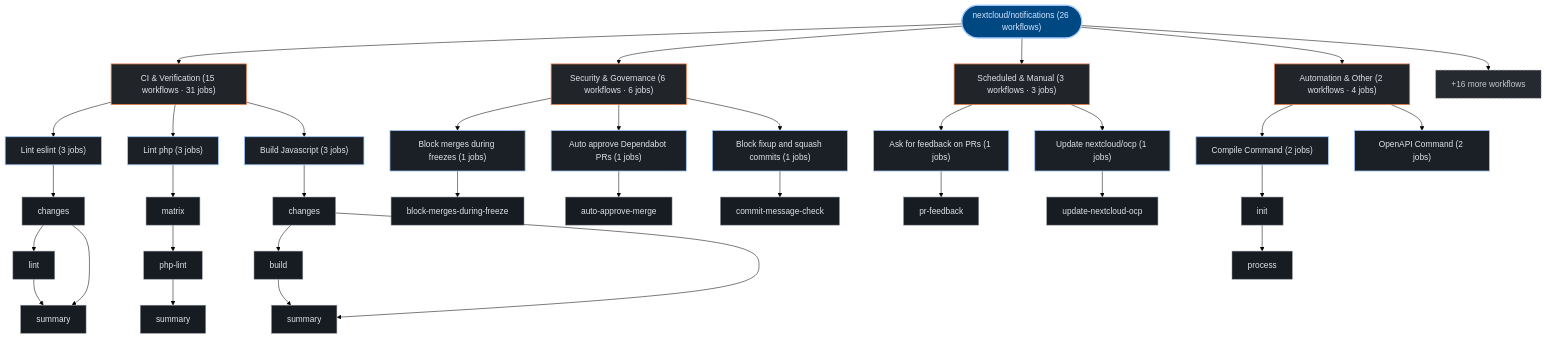
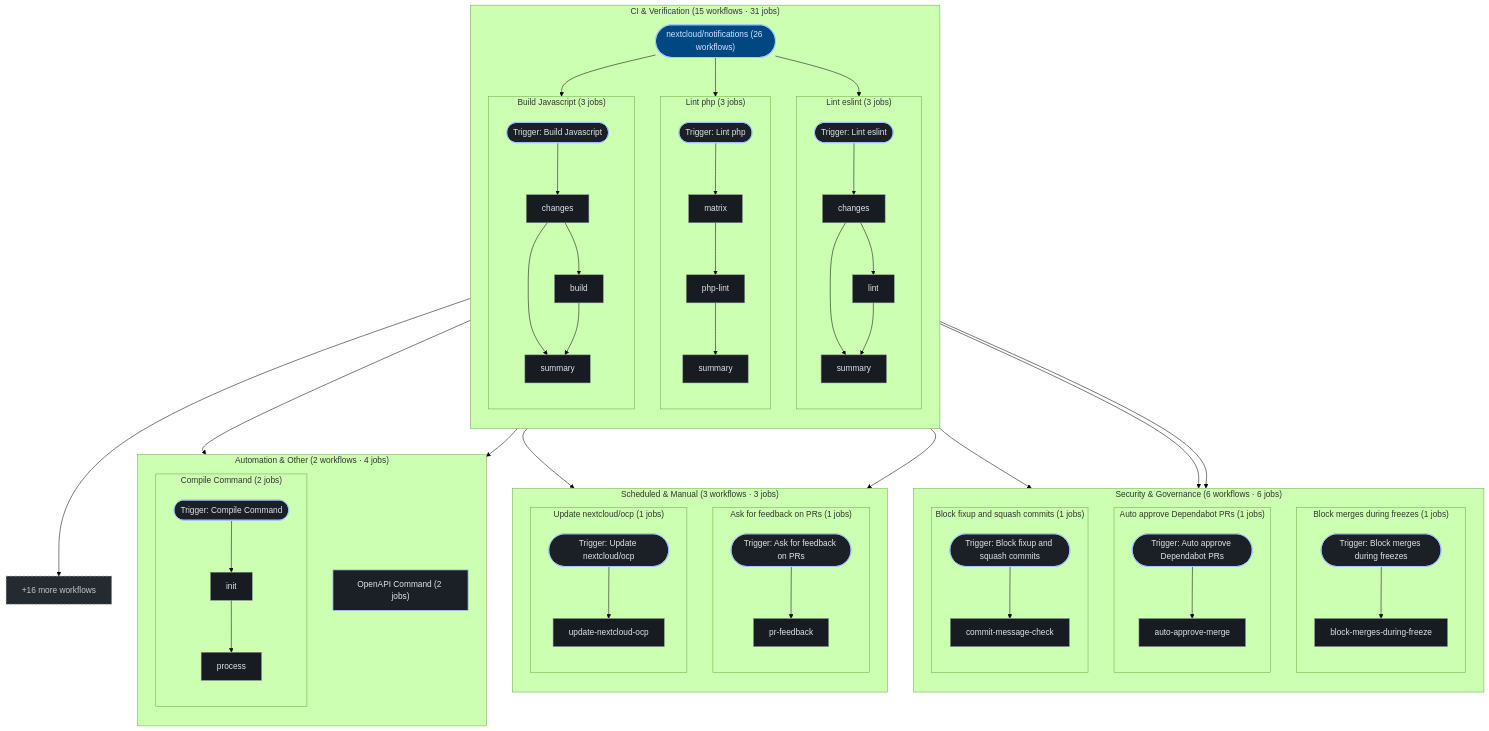
The second of 2 diagrams in exports/latest/reports/nextcloud-notifications-report.md (kumarshaz/atruss-code-atlas), drawn with Mermaid (forest theme) before and after one commit. The commit also changed 181 other files, not shown here.

````diff
--- a/exports/latest/reports/nextcloud-notifications-report.md
+++ b/exports/latest/reports/nextcloud-notifications-report.md
@@ -217,68 +217,99 @@
   classDef atlasAlert fill:#93000a,stroke:#ffb4ab,stroke-width:1.5px,color:#ffdad6
   classDef atlasMore fill:#252a31,stroke:#8d9199,stroke-dasharray:4 4,color:#c3c6cf
   pipeline_root(["nextcloud/notifications (26 workflows)"]):::atlasRoot
-  grp_0_CI___Verification["CI & Verification (15 workflows · 31 jobs)"]:::atlasCategory
-  pipeline_root --> grp_0_CI___Verification
-  wf_7_Lint_eslint["Lint eslint (3 jobs)"]:::atlasWorkflow
-  grp_0_CI___Verification --> wf_7_Lint_eslint
-  job_7_changes["changes"]:::atlasJob
-  job_7_lint["lint"]:::atlasJob
-  job_7_summary["summary"]:::atlasJob
-  wf_7_Lint_eslint --> job_7_changes
-  job_7_changes --> job_7_lint
-  job_7_changes --> job_7_summary
-  job_7_lint --> job_7_summary
-  wf_10_Lint_php["Lint php (3 jobs)"]:::atlasWorkflow
-  grp_0_CI___Verification --> wf_10_Lint_php
-  job_10_matrix["matrix"]:::atlasJob
-  job_10_php_lint["php-lint"]:::atlasJob
-  job_10_summary["summary"]:::atlasJob
-  wf_10_Lint_php --> job_10_matrix
-  job_10_matrix --> job_10_php_lint
-  job_10_php_lint --> job_10_summary
-  wf_13_Build_Javascript["Build Javascript (3 jobs)"]:::atlasWorkflow
-  grp_0_CI___Verification --> wf_13_Build_Javascript
-  job_13_changes["changes"]:::atlasJob
-  job_13_build["build"]:::atlasJob
-  job_13_summary["summary"]:::atlasJob
-  wf_13_Build_Javascript --> job_13_changes
-  job_13_changes --> job_13_build
-  job_13_changes --> job_13_summary
-  job_13_build --> job_13_summary
-  grp_1_Security___Governance["Security & Governance (6 workflows · 6 jobs)"]:::atlasCategory
-  pipeline_root --> grp_1_Security___Governance
-  wf_1_Block_merges_during_freezes["Block merges during freezes (1 jobs)"]:::atlasWorkflow
-  grp_1_Security___Governance --> wf_1_Block_merges_during_freezes
-  job_1_block_merges_during_freeze["block-merges-during-freeze"]:::atlasJob
-  wf_1_Block_merges_during_freezes --> job_1_block_merges_during_freeze
-  wf_5_Auto_approve_Dependabot_PRs["Auto approve Dependabot PRs (1 jobs)"]:::atlasWorkflow
-  grp_1_Security___Governance --> wf_5_Auto_approve_Dependabot_PRs
-  job_5_auto_approve_merge["auto-approve-merge"]:::atlasJob
-  wf_5_Auto_approve_Dependabot_PRs --> job_5_auto_approve_merge
-  wf_6_Block_fixup_and_squash_commits["Block fixup and squash commits (1 jobs)"]:::atlasWorkflow
-  grp_1_Security___Governance --> wf_6_Block_fixup_and_squash_commits
-  job_6_commit_message_check["commit-message-check"]:::atlasJob
-  wf_6_Block_fixup_and_squash_commits --> job_6_commit_message_check
-  grp_2_Scheduled___Manual["Scheduled & Manual (3 workflows · 3 jobs)"]:::atlasCategory
-  pipeline_root --> grp_2_Scheduled___Manual
-  wf_20_Ask_for_feedback_on_PRs["Ask for feedback on PRs (1 jobs)"]:::atlasWorkflow
-  grp_2_Scheduled___Manual --> wf_20_Ask_for_feedback_on_PRs
-  job_20_pr_feedback["pr-feedback"]:::atlasJob
-  wf_20_Ask_for_feedback_on_PRs --> job_20_pr_feedback
-  wf_24_Update_nextcloud_ocp["Update nextcloud/ocp (1 jobs)"]:::atlasWorkflow
-  grp_2_Scheduled___Manual --> wf_24_Update_nextcloud_ocp
-  job_24_update_nextcloud_ocp["update-nextcloud-ocp"]:::atlasJob
-  wf_24_Update_nextcloud_ocp --> job_24_update_nextcloud_ocp
-  grp_3_Automation___Other["Automation & Other (2 workflows · 4 jobs)"]:::atlasCategory
-  pipeline_root --> grp_3_Automation___Other
-  wf_3_Compile_Command["Compile Command (2 jobs)"]:::atlasWorkflow
-  grp_3_Automation___Other --> wf_3_Compile_Command
-  job_3_init["init"]:::atlasJob
-  job_3_process["process"]:::atlasJob
-  wf_3_Compile_Command --> job_3_init
-  job_3_init --> job_3_process
-  wf_4_OpenAPI_Command["OpenAPI Command (2 jobs)"]:::atlasWorkflow
-  grp_3_Automation___Other --> wf_4_OpenAPI_Command
+  subgraph sg_grp_0_CI___Verification["CI & Verification (15 workflows · 31 jobs)"]
+    direction TB
+    subgraph sg_wf_7_Lint_eslint["Lint eslint (3 jobs)"]
+      direction TB
+      wf_7_Lint_eslint(["Trigger: Lint eslint"]):::atlasWorkflow
+      job_7_changes["changes"]:::atlasJob
+      job_7_lint["lint"]:::atlasJob
+      job_7_summary["summary"]:::atlasJob
+      wf_7_Lint_eslint --> job_7_changes
+      job_7_changes --> job_7_lint
+      job_7_changes --> job_7_summary
+      job_7_lint --> job_7_summary
+    end
+    pipeline_root --> wf_7_Lint_eslint
+    subgraph sg_wf_10_Lint_php["Lint php (3 jobs)"]
+      direction TB
+      wf_10_Lint_php(["Trigger: Lint php"]):::atlasWorkflow
+      job_10_matrix["matrix"]:::atlasJob
+      job_10_php_lint["php-lint"]:::atlasJob
+      job_10_summary["summary"]:::atlasJob
+      wf_10_Lint_php --> job_10_matrix
+      job_10_matrix --> job_10_php_lint
+      job_10_php_lint --> job_10_summary
+    end
+    pipeline_root --> wf_10_Lint_php
+    subgraph sg_wf_13_Build_Javascript["Build Javascript (3 jobs)"]
+      direction TB
+      wf_13_Build_Javascript(["Trigger: Build Javascript"]):::atlasWorkflow
+      job_13_changes["changes"]:::atlasJob
+      job_13_build["build"]:::atlasJob
+      job_13_summary["summary"]:::atlasJob
+      wf_13_Build_Javascript --> job_13_changes
+      job_13_changes --> job_13_build
+      job_13_changes --> job_13_summary
+      job_13_build --> job_13_summary
+    end
+    pipeline_root --> wf_13_Build_Javascript
+  end
+  subgraph sg_grp_1_Security___Governance["Security & Governance (6 workflows · 6 jobs)"]
+    direction TB
+    subgraph sg_wf_1_Block_merges_during_freezes["Block merges during freezes (1 jobs)"]
+      direction TB
+      wf_1_Block_merges_during_freezes(["Trigger: Block merges during freezes"]):::atlasWorkflow
+      job_1_block_merges_during_freeze["block-merges-during-freeze"]:::atlasJob
+      wf_1_Block_merges_during_freezes --> job_1_block_merges_during_freeze
+    end
+    pipeline_root --> wf_1_Block_merges_during_freezes
+    subgraph sg_wf_5_Auto_approve_Dependabot_PRs["Auto approve Dependabot PRs (1 jobs)"]
+      direction TB
+      wf_5_Auto_approve_Dependabot_PRs(["Trigger: Auto approve Dependabot PRs"]):::atlasWorkflow
+      job_5_auto_approve_merge["auto-approve-merge"]:::atlasJob
+      wf_5_Auto_approve_Dependabot_PRs --> job_5_auto_approve_merge
+    end
+    pipeline_root --> wf_5_Auto_approve_Dependabot_PRs
+    subgraph sg_wf_6_Block_fixup_and_squash_commits["Block fixup and squash commits (1 jobs)"]
+      direction TB
+      wf_6_Block_fixup_and_squash_commits(["Trigger: Block fixup and squash commits"]):::atlasWorkflow
+      job_6_commit_message_check["commit-message-check"]:::atlasJob
+      wf_6_Block_fixup_and_squash_commits --> job_6_commit_message_check
+    end
+    pipeline_root --> wf_6_Block_fixup_and_squash_commits
+  end
+  subgraph sg_grp_2_Scheduled___Manual["Scheduled & Manual (3 workflows · 3 jobs)"]
+    direction TB
+    subgraph sg_wf_20_Ask_for_feedback_on_PRs["Ask for feedback on PRs (1 jobs)"]
+      direction TB
+      wf_20_Ask_for_feedback_on_PRs(["Trigger: Ask for feedback on PRs"]):::atlasWorkflow
+      job_20_pr_feedback["pr-feedback"]:::atlasJob
+      wf_20_Ask_for_feedback_on_PRs --> job_20_pr_feedback
+    end
+    pipeline_root --> wf_20_Ask_for_feedback_on_PRs
+    subgraph sg_wf_24_Update_nextcloud_ocp["Update nextcloud/ocp (1 jobs)"]
+      direction TB
+      wf_24_Update_nextcloud_ocp(["Trigger: Update nextcloud/ocp"]):::atlasWorkflow
+      job_24_update_nextcloud_ocp["update-nextcloud-ocp"]:::atlasJob
+      wf_24_Update_nextcloud_ocp --> job_24_update_nextcloud_ocp
+    end
+    pipeline_root --> wf_24_Update_nextcloud_ocp
+  end
+  subgraph sg_grp_3_Automation___Other["Automation & Other (2 workflows · 4 jobs)"]
+    direction TB
+    subgraph sg_wf_3_Compile_Command["Compile Command (2 jobs)"]
+      direction TB
+      wf_3_Compile_Command(["Trigger: Compile Command"]):::atlasWorkflow
+      job_3_init["init"]:::atlasJob
+      job_3_process["process"]:::atlasJob
+      wf_3_Compile_Command --> job_3_init
+      job_3_init --> job_3_process
+    end
+    pipeline_root --> wf_3_Compile_Command
+    wf_4_OpenAPI_Command["OpenAPI Command (2 jobs)"]:::atlasWorkflow
+    pipeline_root --> wf_4_OpenAPI_Command
+  end
   wf_more["+16 more workflows"]:::atlasMore
   pipeline_root --> wf_more
 ```
````
